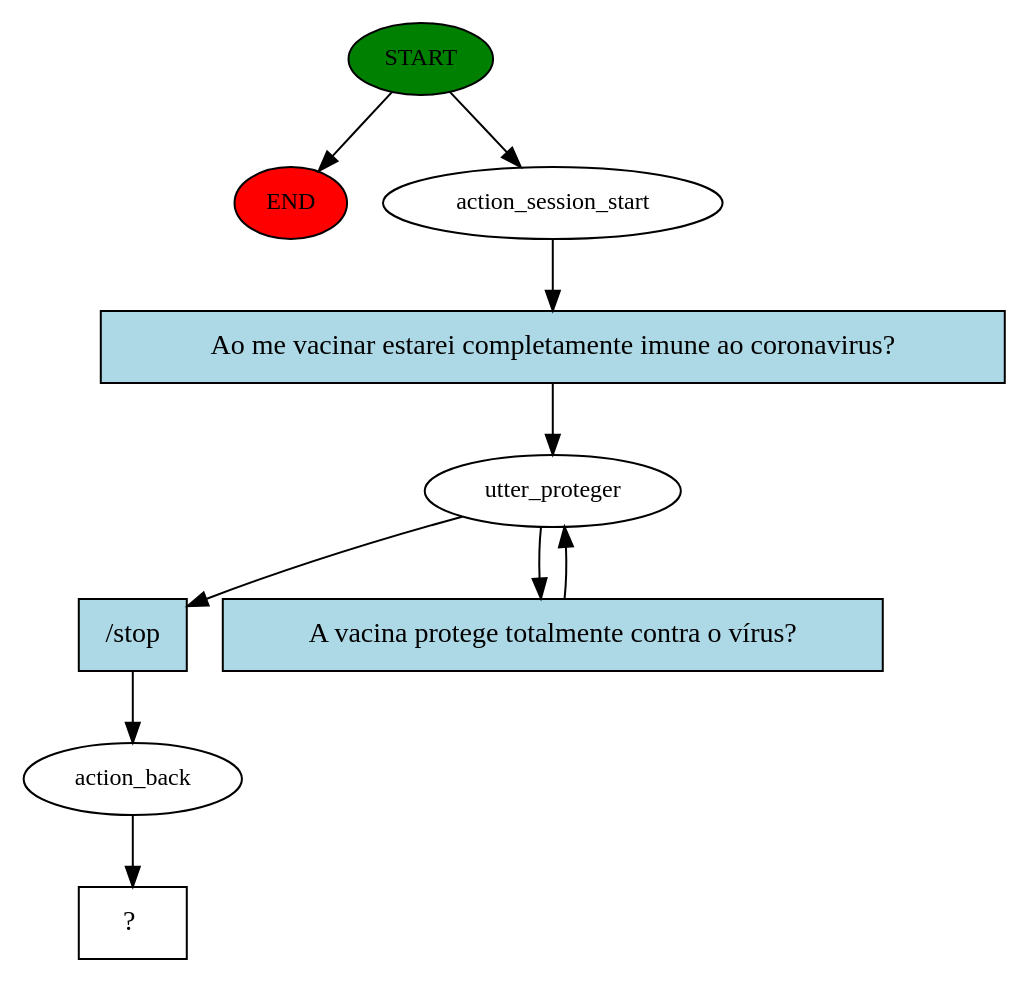
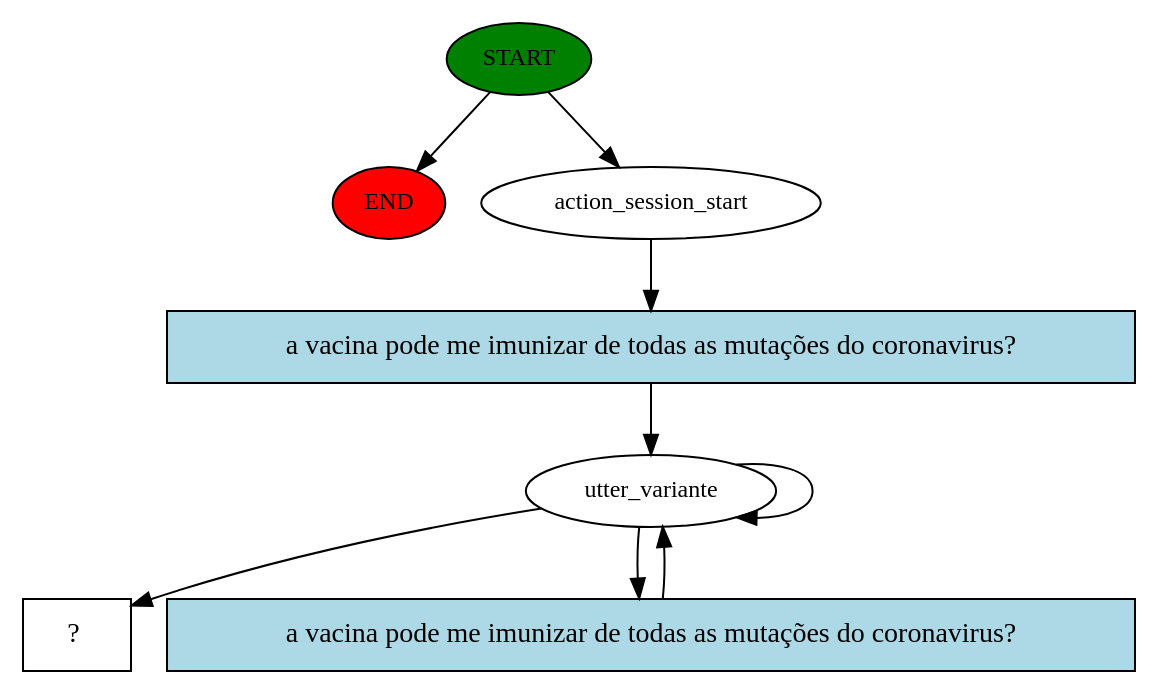
One commit to marcelosprogrammer/projetomestradorasa changed the diagram in story_graph.dot. Above: the diagram before and after it, drawn with Graphviz. The commit also changed 7 other files, not shown here.

```diff
--- a/story_graph.dot
+++ b/story_graph.dot
@@ -1,20 +1,17 @@
 digraph  {
 0 [class="start active", fillcolor=green, fontsize=12, label=START, style=filled];
 "-1" [class=end, fillcolor=red, fontsize=12, label=END, style=filled];
 1 [class=active, fontsize=12, label=action_session_start];
-2 [class=active, fontsize=12, label=utter_proteger];
-4 [class=active, fontsize=12, label=action_back];
-5 [class="intent dashed active", label="  ?  ", shape=rect];
-6 [class="intent active", fillcolor=lightblue, label="Ao me vacinar estarei completamente imune ao coronavirus?", shape=rect, style=filled];
-7 [class="intent active", fillcolor=lightblue, label="/stop", shape=rect, style=filled];
-8 [class="intent active", fillcolor=lightblue, label="A vacina protege totalmente contra o vírus?", shape=rect, style=filled];
+2 [class=active, fontsize=12, label=utter_variante];
+6 [class="intent dashed active", label="  ?  ", shape=rect];
+7 [class="intent active", fillcolor=lightblue, label="a vacina pode me imunizar de todas as mutações do coronavirus?", shape=rect, style=filled];
+8 [class="intent active", fillcolor=lightblue, label="a vacina pode me imunizar de todas as mutações do coronavirus?", shape=rect, style=filled];
 0 -> "-1"  [class="", key=NONE, label=""];
 0 -> 1  [class=active, key=NONE, label=""];
-1 -> 6  [class=active, key=0];
-2 -> 7  [class=active, key=0];
+1 -> 7  [class=active, key=0];
+2 -> 2  [class=active, key=NONE, label=""];
+2 -> 6  [class=active, key=NONE, label=""];
 2 -> 8  [class=active, key=0];
-4 -> 5  [class=active, key=NONE, label=""];
-6 -> 2  [class=active, key=0];
-7 -> 4  [class=active, key=0];
+7 -> 2  [class=active, key=0];
 8 -> 2  [class=active, key=0];
 }
```
